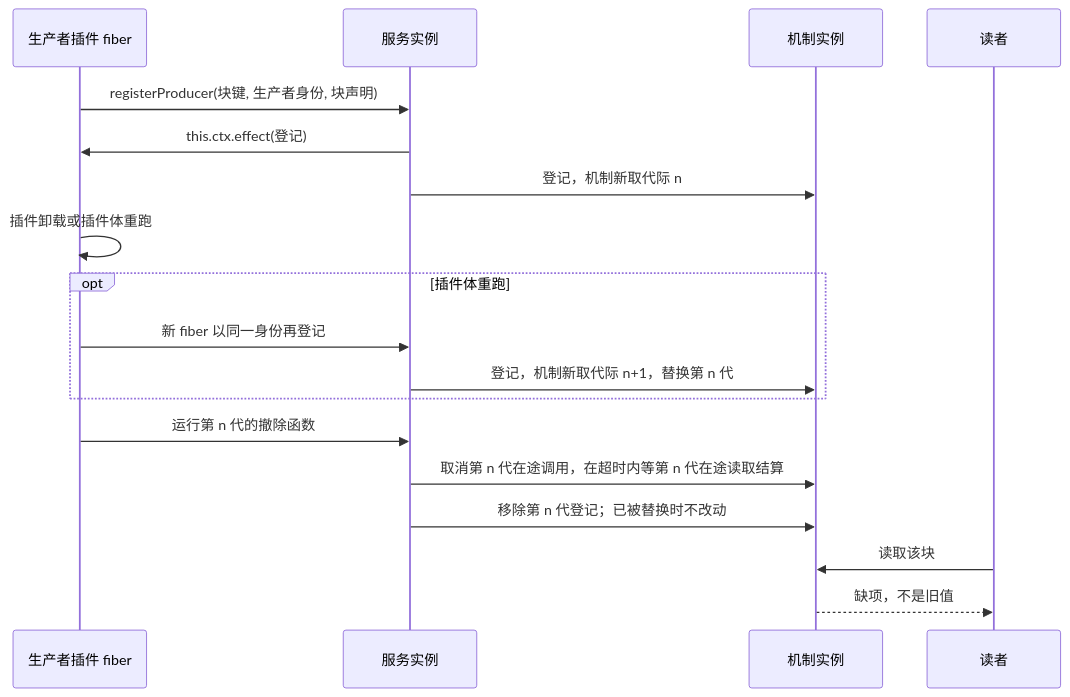
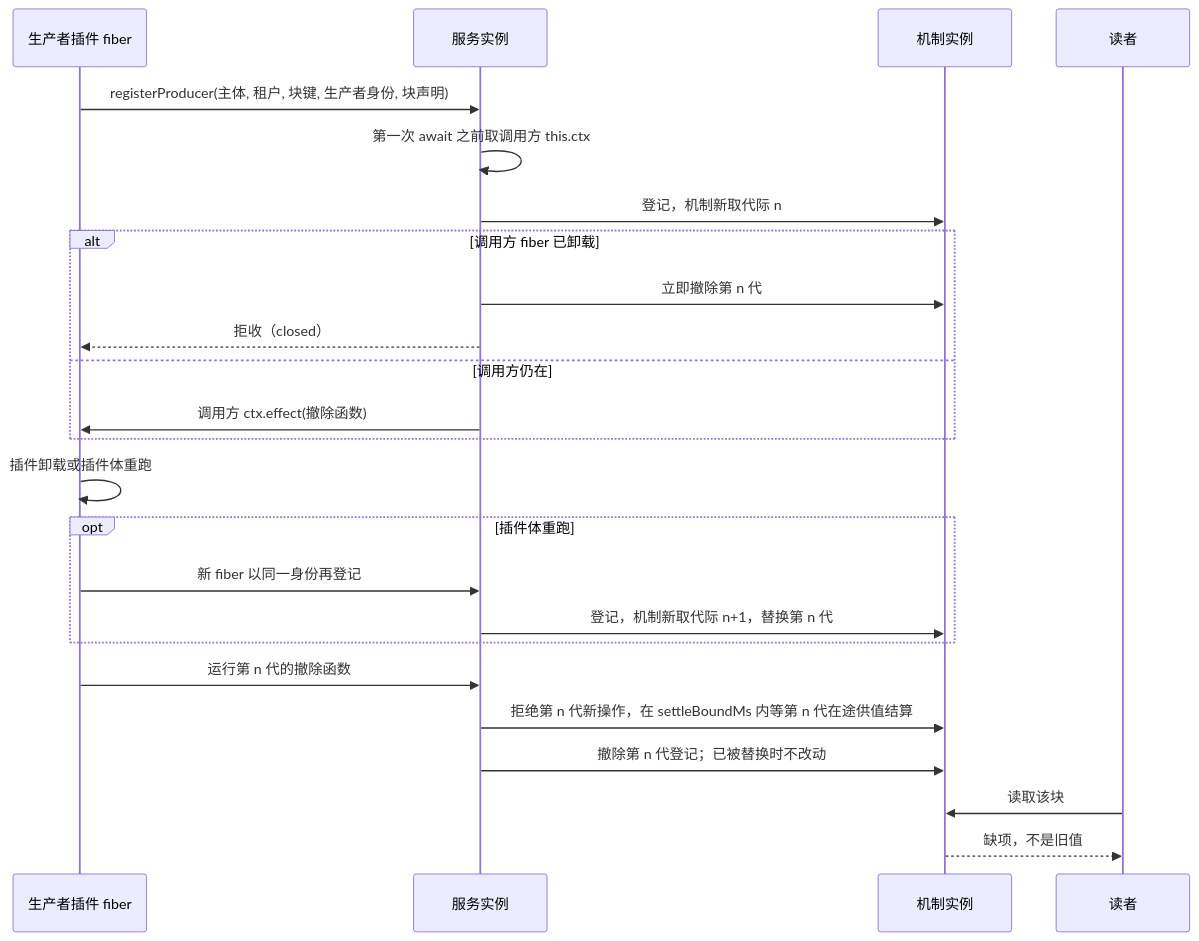
One commit to nemori-ai/omne-harness-lite changed the second of 3 diagrams in packages/context/runtime-context-cordis/docs/flows.md. Above: the diagram before and after it, drawn with Mermaid. The commit also changed other lines of this file and 26 other files, not shown here.

````diff
--- a/packages/context/runtime-context-cordis/docs/flows.md
+++ b/packages/context/runtime-context-cordis/docs/flows.md
@@ -52,20 +54,26 @@
 ```mermaid
 sequenceDiagram
   participant PF as 生产者插件 fiber
   participant S as 服务实例
   participant M as 机制实例
   participant R as 读者
-  PF->>S: registerProducer(块键, 生产者身份, 块声明)
-  S->>PF: this.ctx.effect(登记)
+  PF->>S: registerProducer(主体, 租户, 块键, 生产者身份, 块声明)
+  S->>S: 第一次 await 之前取调用方 this.ctx
   S->>M: 登记，机制新取代际 n
+  alt 调用方 fiber 已卸载
+    S->>M: 立即撤除第 n 代
+    S-->>PF: 拒收（closed）
+  else 调用方仍在
+    S->>PF: 调用方 ctx.effect(撤除函数)
+  end
   PF->>PF: 插件卸载或插件体重跑
   opt 插件体重跑
     PF->>S: 新 fiber 以同一身份再登记
     S->>M: 登记，机制新取代际 n+1，替换第 n 代
   end
   PF->>S: 运行第 n 代的撤除函数
-  S->>M: 取消第 n 代在途调用，在超时内等第 n 代在途读取结算
-  S->>M: 移除第 n 代登记；已被替换时不改动
+  S->>M: 拒绝第 n 代新操作，在 settleBoundMs 内等第 n 代在途供值结算
+  S->>M: 撤除第 n 代登记；已被替换时不改动
   R->>M: 读取该块
   M-->>R: 缺项，不是旧值
 ```
````
